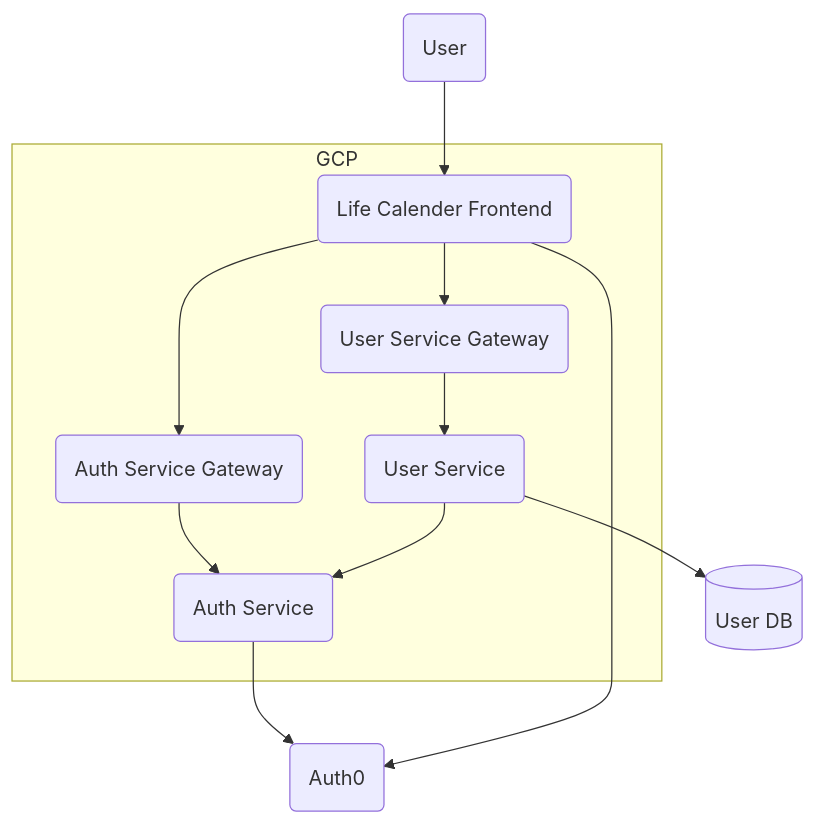
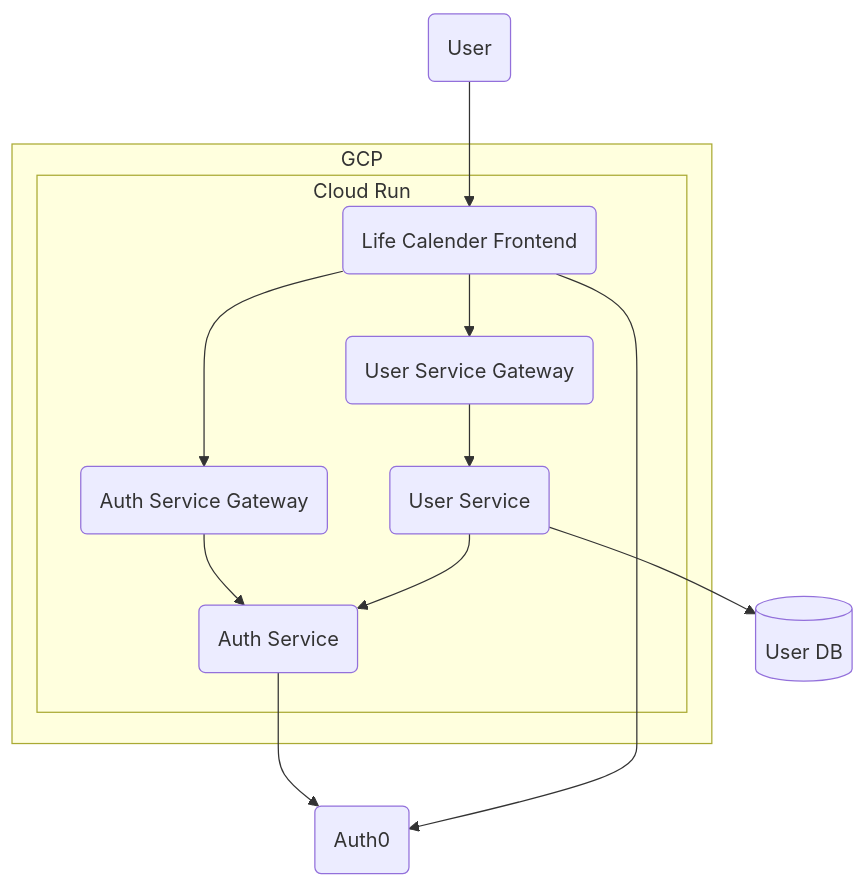
Before and after one commit to qkitzero/life-calendar: the diagram in README.md, drawn with Mermaid.

````diff
--- a/README.md
+++ b/README.md
@@ -7,25 +7,27 @@
 ```mermaid
 flowchart TD
     user(User)
 
     subgraph gcp[GCP]
-        life_calendar_frontend(Life Calender Frontend)
-        auth_service(Auth Service)
-        user_service(User Service)
-        auth_service_gateway(Auth Service Gateway)
-        user_service_gateway(User Service Gateway)
+        subgraph cloud_run[Cloud Run]
+            life_calendar_frontend(Life Calender Frontend)
+            auth_service(Auth Service)
+            user_service(User Service)
+            auth_service_gateway(Auth Service Gateway)
+            user_service_gateway(User Service Gateway)
+        end
     end
 
     auth0(Auth0)
     user_db[(User DB)]
 
     user --> life_calendar_frontend
     life_calendar_frontend --> auth_service_gateway
     life_calendar_frontend --> user_service_gateway
     auth_service_gateway --> auth_service
     user_service_gateway --> user_service
     user_service --> auth_service
     user_service --> user_db
     auth_service --> auth0
     life_calendar_frontend --> auth0
 ```
````
